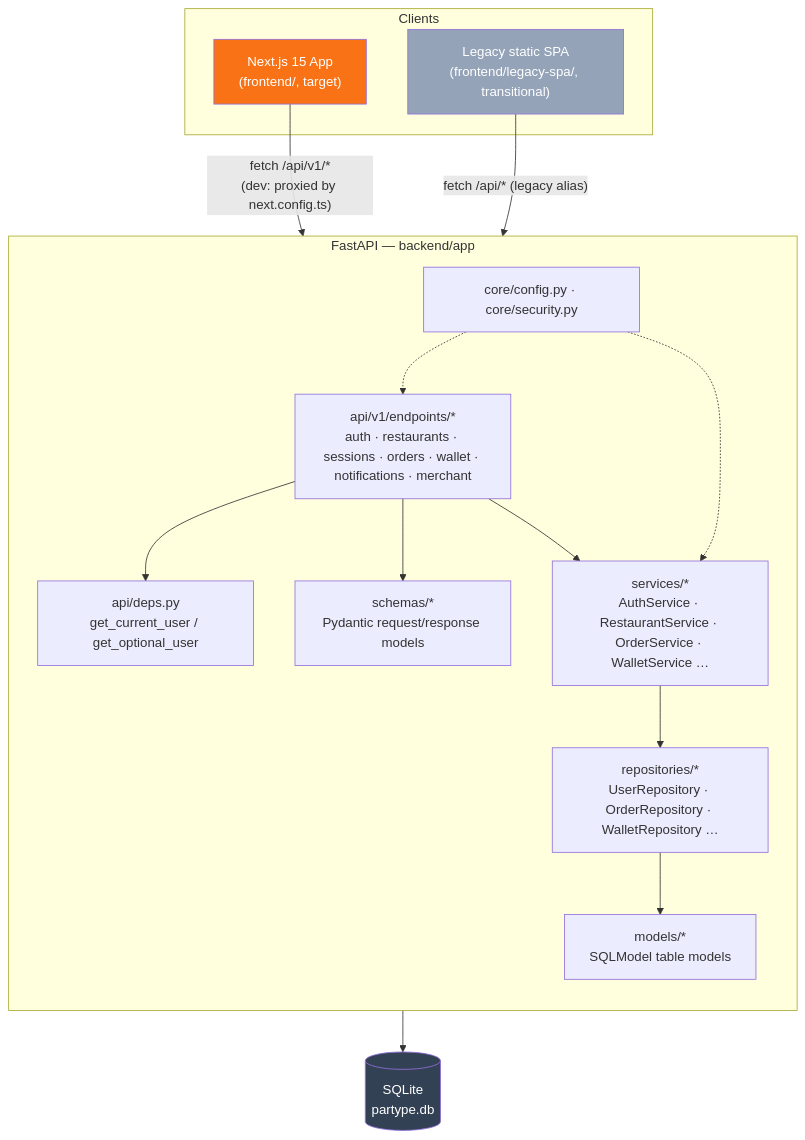
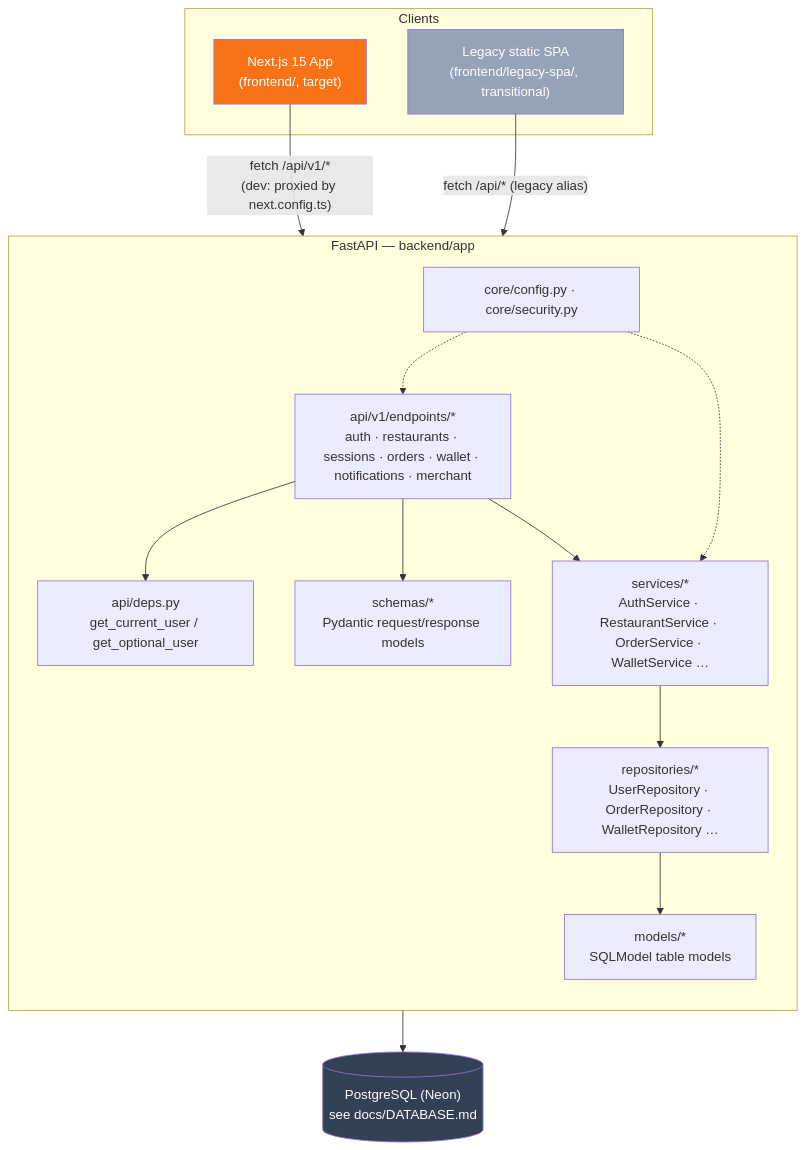
The diagram in docs/ARCHITECTURE.md (Srijapjikdardi/Party), drawn with Mermaid before and after one commit. The commit also changed other lines of this file and 74 other files, not shown here.

First line of the commit message:
feat(db): PostgreSQL/Neon database layer, 20-table normalized schema, Alembic migrations

````diff
--- a/docs/ARCHITECTURE.md
+++ b/docs/ARCHITECTURE.md
@@ -5,35 +5,35 @@
 ```mermaid
 graph TB
     subgraph Client["Clients"]
         NextApp["Next.js 15 App<br/>(frontend/, target)"]
         LegacySPA["Legacy static SPA<br/>(frontend/legacy-spa/, transitional)"]
     end
 
     subgraph API["FastAPI — backend/app"]
         direction TB
         Routes["api/v1/endpoints/*<br/>auth · restaurants · sessions · orders · wallet · notifications · merchant"]
         Deps["api/deps.py<br/>get_current_user / get_optional_user"]
         Services["services/*<br/>AuthService · RestaurantService · OrderService · WalletService …"]
         Repos["repositories/*<br/>UserRepository · OrderRepository · WalletRepository …"]
         Schemas["schemas/*<br/>Pydantic request/response models"]
         Models["models/*<br/>SQLModel table models"]
         Core["core/config.py · core/security.py"]
     end
 
-    DB[("SQLite<br/>partype.db")]
+    DB[("PostgreSQL (Neon)<br/>see docs/DATABASE.md")]
 
     NextApp -- "fetch /api/v1/*<br/>(dev: proxied by next.config.ts)" --> Routes
     LegacySPA -- "fetch /api/* (legacy alias)" --> Routes
     Routes --> Deps
     Routes --> Schemas
     Routes --> Services
     Services --> Repos
     Repos --> Models
     Models --> DB
     Core -.-> Routes
     Core -.-> Services
 
     style NextApp fill:#f97316,color:#fff
     style LegacySPA fill:#94a3b8,color:#fff
     style DB fill:#334155,color:#fff
 ```
````
